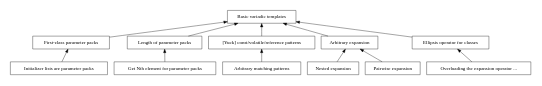
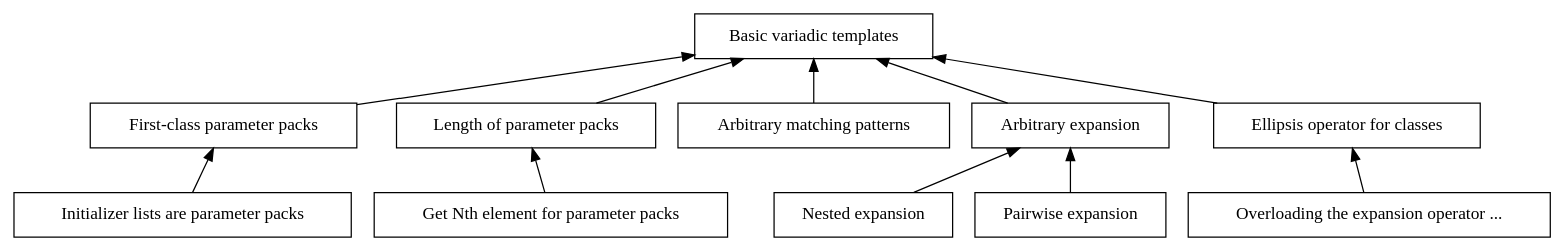
One commit to tonado/boost changed the diagram in sandbox/committee/vt_deps.dot. Above: the diagram before and after it, drawn with Graphviz. The commit also changed 2 other files, not shown here.

```diff
--- a/sandbox/committee/vt_deps.dot
+++ b/sandbox/committee/vt_deps.dot
@@ -1,40 +1,39 @@
 digraph vt_deps {
-  size="6,3";
+#  size="6,6";
   node [shape="rectangle"];
   edge [dir="back"];  
 
   BasicVariadics [label="Basic variadic templates"];
   FirstClassPP [label="First-class parameter packs"];
   Initializers [label="Initializer lists are parameter packs"];
 
   LengthOfPP [label="Length of parameter packs"];
   NthElement [label="Get Nth element for parameter packs"];
 
-  CVRefPatterns [label="[Yuck] const/volatile/reference patterns"];
   ArbitraryMatching [label="Arbitrary matching patterns"];
 
   ArbitraryExpansion [label="Arbitrary expansion"];
   NestedExpansion [label="Nested expansion"];
   PairwiseExpansion [label="Pairwise expansion"]; 
 
   EllipsisForClasses [label="Ellipsis operator for classes"];
   OverloadingEllipsis [label="Overloading the expansion operator ..."];
 
   BasicVariadics -> FirstClassPP;
 
   BasicVariadics -> LengthOfPP;
 
   LengthOfPP -> NthElement;
 
   FirstClassPP -> Initializers;
 
-  BasicVariadics -> CVRefPatterns;
+  BasicVariadics -> ArbitraryMatching;
 
   BasicVariadics -> EllipsisForClasses;
   EllipsisForClasses -> OverloadingEllipsis;
 
   BasicVariadics -> ArbitraryExpansion;
-  CVRefPatterns -> ArbitraryMatching;
+
   ArbitraryExpansion -> NestedExpansion;
   ArbitraryExpansion -> PairwiseExpansion;
 }
```
